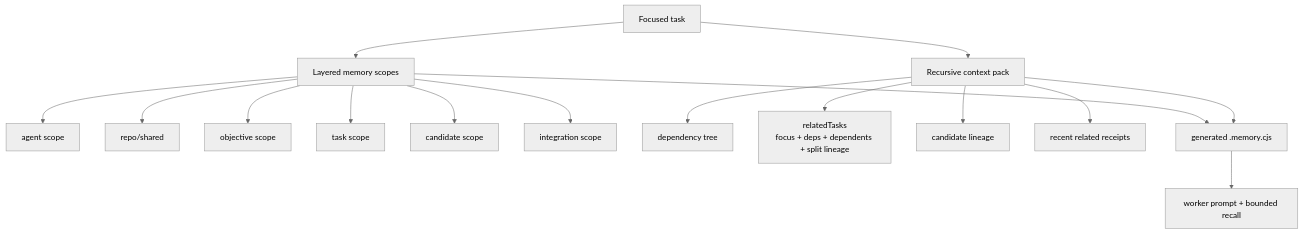
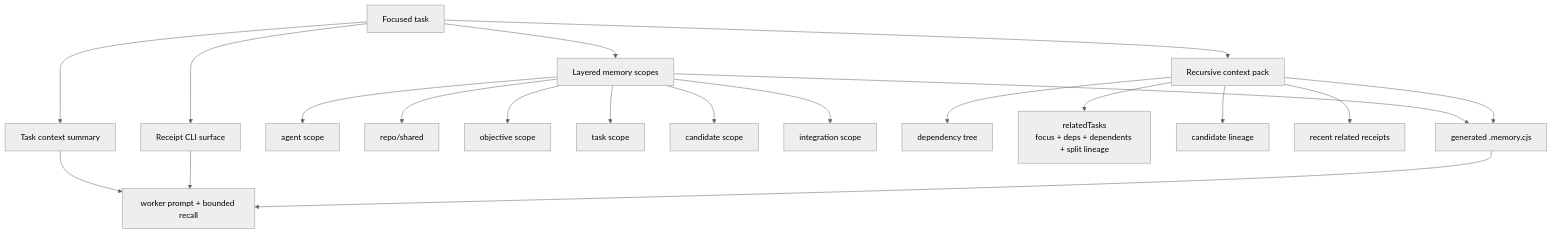
One commit to skishore23/receipt changed the sixth of 6 diagrams in docs/factory-on-receipt.md. Above: the diagram before and after it, drawn with Mermaid (neutral theme). The commit also changed other lines of this file and 15 other files, not shown here.

````diff
--- a/docs/factory-on-receipt.md
+++ b/docs/factory-on-receipt.md
@@ -766,21 +773,25 @@
 ```mermaid
 flowchart TD
-  Task["Focused task"] --> Scopes["Layered memory scopes"]
+  Task["Focused task"] --> ContextSummary["Task context summary"]
   Task --> ContextPack["Recursive context pack"]
+  Task --> Scopes["Layered memory scopes"]
+  Task --> ReceiptCli["Receipt CLI surface"]
 
   Scopes --> Agent["agent scope"]
   Scopes --> Repo["repo/shared"]
   Scopes --> Objective["objective scope"]
   Scopes --> TaskScope["task scope"]
   Scopes --> Candidate["candidate scope"]
   Scopes --> Integration["integration scope"]
 
   ContextPack --> Deps["dependency tree"]
   ContextPack --> Related["relatedTasks\nfocus + deps + dependents + split lineage"]
   ContextPack --> Lineage["candidate lineage"]
   ContextPack --> Receipts["recent related receipts"]
 
   Scopes --> Script["generated .memory.cjs"]
   ContextPack --> Script
-  Script --> Worker["worker prompt + bounded recall"]
+  ContextSummary --> Worker["worker prompt + bounded recall"]
+  ReceiptCli --> Worker
+  Script --> Worker
 ```
````
